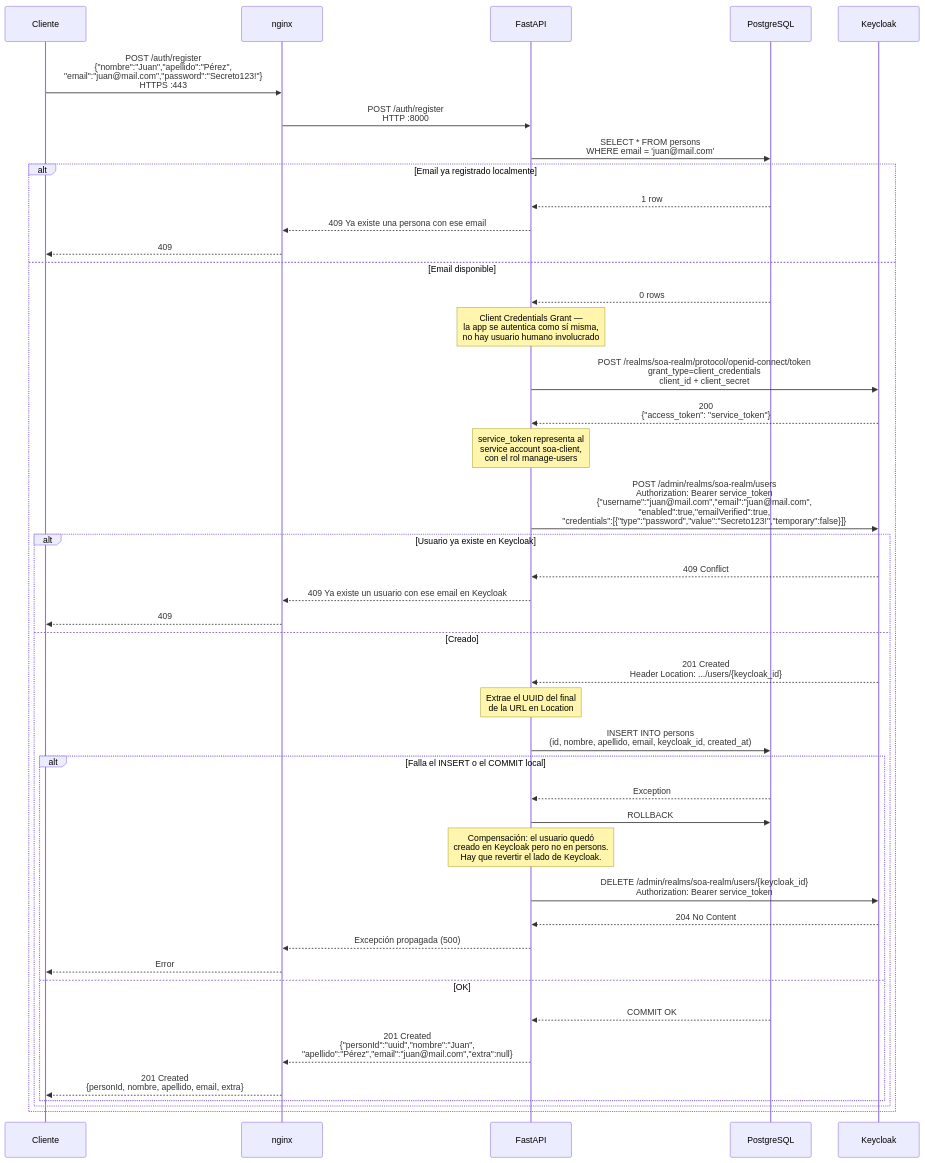
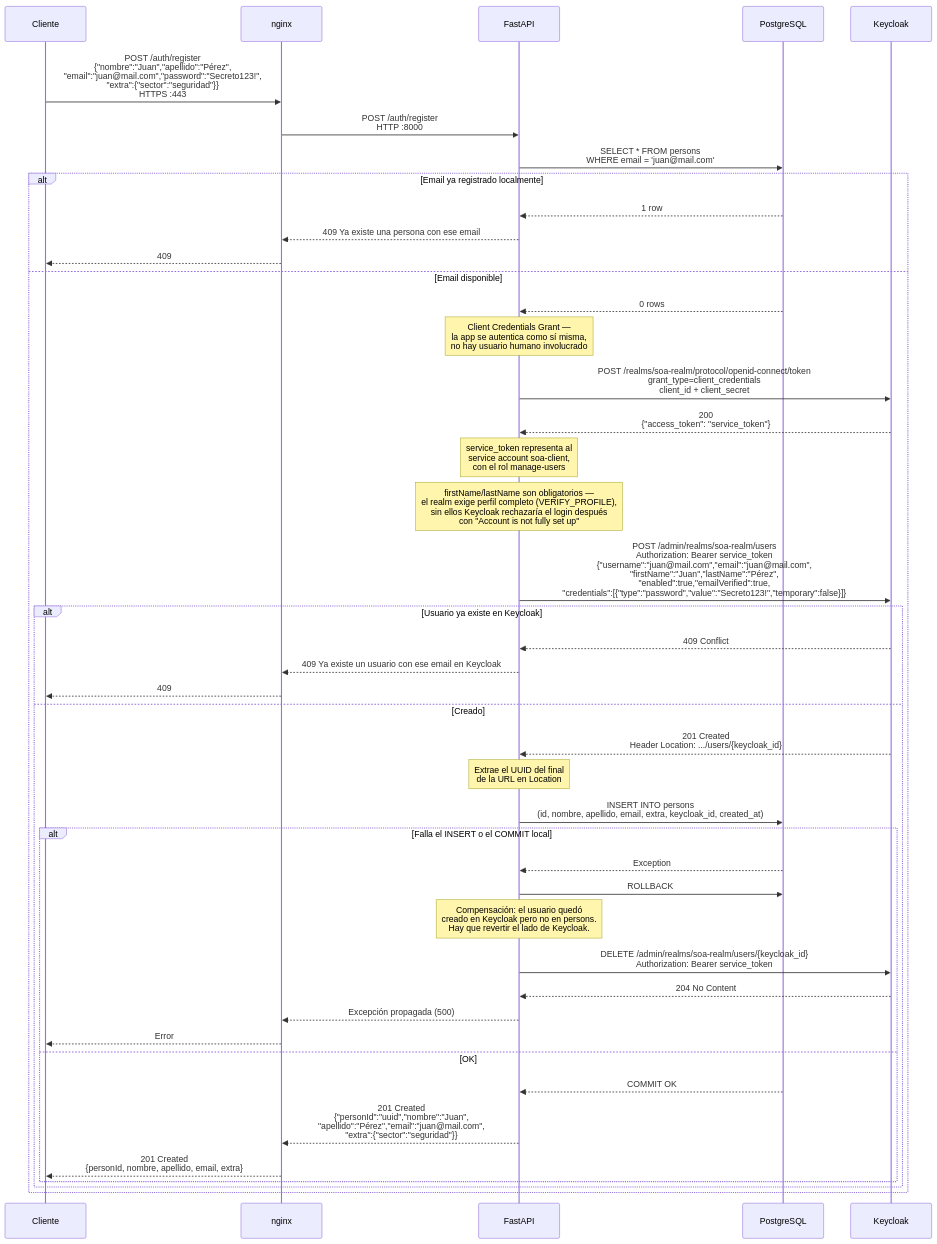
Before and after one commit to bautimacedo/SOA-ComputerVision-2026: the tenth of 13 diagrams in Documentación/SECUENCIAS.md, drawn with Mermaid. The commit also changed other lines of this file and 7 other files, not shown here.

````diff
--- a/Documentación/SECUENCIAS.md
+++ b/Documentación/SECUENCIAS.md
@@ -334,55 +348,57 @@
 ```mermaid
 sequenceDiagram
     participant C as Cliente
     participant N as nginx
     participant F as FastAPI
     participant DB as PostgreSQL
     participant KC as Keycloak
 
-    C->>N: POST /auth/register<br/>{"nombre":"Juan","apellido":"Pérez",<br/>"email":"juan@mail.com","password":"Secreto123!"}<br/>HTTPS :443
+    C->>N: POST /auth/register<br/>{"nombre":"Juan","apellido":"Pérez",<br/>"email":"juan@mail.com","password":"Secreto123!",<br/>"extra":{"sector":"seguridad"}}<br/>HTTPS :443
     N->>F: POST /auth/register<br/>HTTP :8000
 
     F->>DB: SELECT * FROM persons<br/>WHERE email = 'juan@mail.com'
 
     alt Email ya registrado localmente
         DB-->>F: 1 row
         F-->>N: 409 Ya existe una persona con ese email
         N-->>C: 409
     else Email disponible
         DB-->>F: 0 rows
 
         Note over F: Client Credentials Grant —<br/>la app se autentica como sí misma,<br/>no hay usuario humano involucrado
 
         F->>KC: POST /realms/soa-realm/protocol/openid-connect/token<br/>grant_type=client_credentials<br/>client_id + client_secret
         KC-->>F: 200<br/>{"access_token": "service_token"}
 
         Note over F: service_token representa al<br/>service account soa-client,<br/>con el rol manage-users
 
-        F->>KC: POST /admin/realms/soa-realm/users<br/>Authorization: Bearer service_token<br/>{"username":"juan@mail.com","email":"juan@mail.com",<br/>"enabled":true,"emailVerified":true,<br/>"credentials":[{"type":"password","value":"Secreto123!","temporary":false}]}
+        Note over F: firstName/lastName son obligatorios —<br/>el realm exige perfil completo (VERIFY_PROFILE),<br/>sin ellos Keycloak rechazaría el login después<br/>con "Account is not fully set up"
+
+        F->>KC: POST /admin/realms/soa-realm/users<br/>Authorization: Bearer service_token<br/>{"username":"juan@mail.com","email":"juan@mail.com",<br/>"firstName":"Juan","lastName":"Pérez",<br/>"enabled":true,"emailVerified":true,<br/>"credentials":[{"type":"password","value":"Secreto123!","temporary":false}]}
 
         alt Usuario ya existe en Keycloak
             KC-->>F: 409 Conflict
             F-->>N: 409 Ya existe un usuario con ese email en Keycloak
             N-->>C: 409
         else Creado
             KC-->>F: 201 Created<br/>Header Location: .../users/{keycloak_id}
             Note over F: Extrae el UUID del final<br/>de la URL en Location
 
-            F->>DB: INSERT INTO persons<br/>(id, nombre, apellido, email, keycloak_id, created_at)
+            F->>DB: INSERT INTO persons<br/>(id, nombre, apellido, email, extra, keycloak_id, created_at)
 
             alt Falla el INSERT o el COMMIT local
                 DB-->>F: Exception
                 F->>DB: ROLLBACK
                 Note over F: Compensación: el usuario quedó<br/>creado en Keycloak pero no en persons.<br/>Hay que revertir el lado de Keycloak.
                 F->>KC: DELETE /admin/realms/soa-realm/users/{keycloak_id}<br/>Authorization: Bearer service_token
                 KC-->>F: 204 No Content
                 F-->>N: Excepción propagada (500)
                 N-->>C: Error
             else OK
                 DB-->>F: COMMIT OK
-                F-->>N: 201 Created<br/>{"personId":"uuid","nombre":"Juan",<br/>"apellido":"Pérez","email":"juan@mail.com","extra":null}
+                F-->>N: 201 Created<br/>{"personId":"uuid","nombre":"Juan",<br/>"apellido":"Pérez","email":"juan@mail.com",<br/>"extra":{"sector":"seguridad"}}
                 N-->>C: 201 Created<br/>{personId, nombre, apellido, email, extra}
             end
         end
     end
 ```
````
